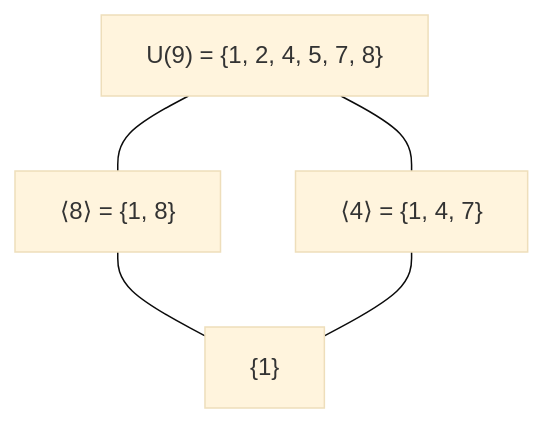
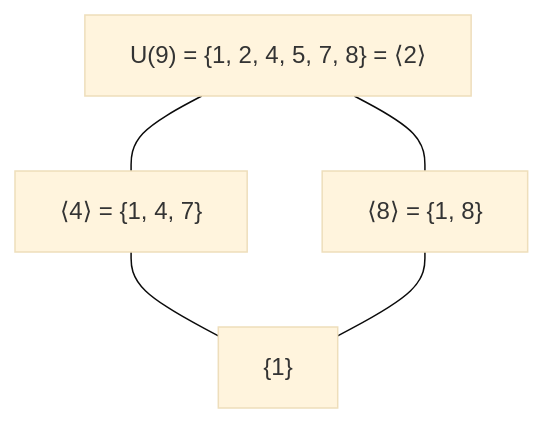
One commit to gwb-ci/math393 changed the second of 5 diagrams in classes/08/slides.qmd. Above: the diagram before and after it, drawn with Mermaid (base theme). The commit also changed other lines of this file and 31 other files, not shown here.

````diff
--- a/classes/08/slides.qmd
+++ b/classes/08/slides.qmd
@@ -136,13 +507,19 @@
 ```{mermaid}
 flowchart TB
-    U9["U(9) = {1, 2, 4, 5, 7, 8}"]
+
+    G["U(9) = {1, 2, 4, 5, 7, 8} = ⟨2⟩"]
+
+    H3["⟨4⟩ = {1, 4, 7}"]
+
     H2["⟨8⟩ = {1, 8}"]
-    H3["⟨4⟩ = {1, 4, 7}"]
+
     E["{1}"]
 
-    U9 --- H2
-    U9 --- H3
+    G --- H3
+
+    G --- H2
+
+    H3 --- E
 
     H2 --- E
-    H3 --- E
 ```
````
